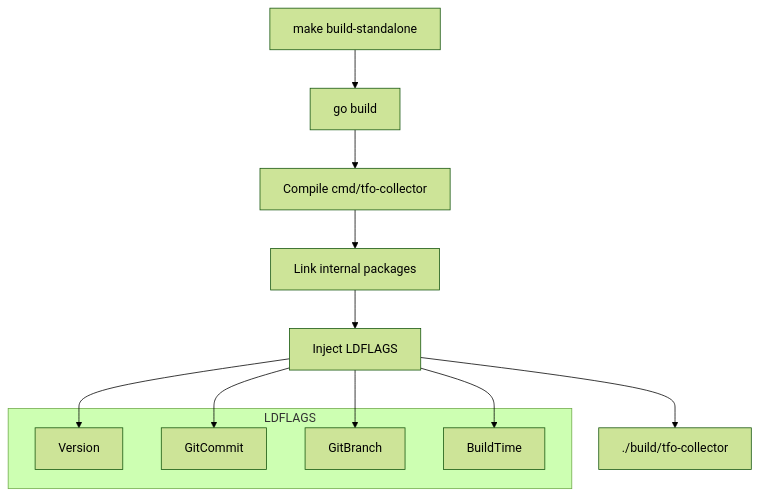
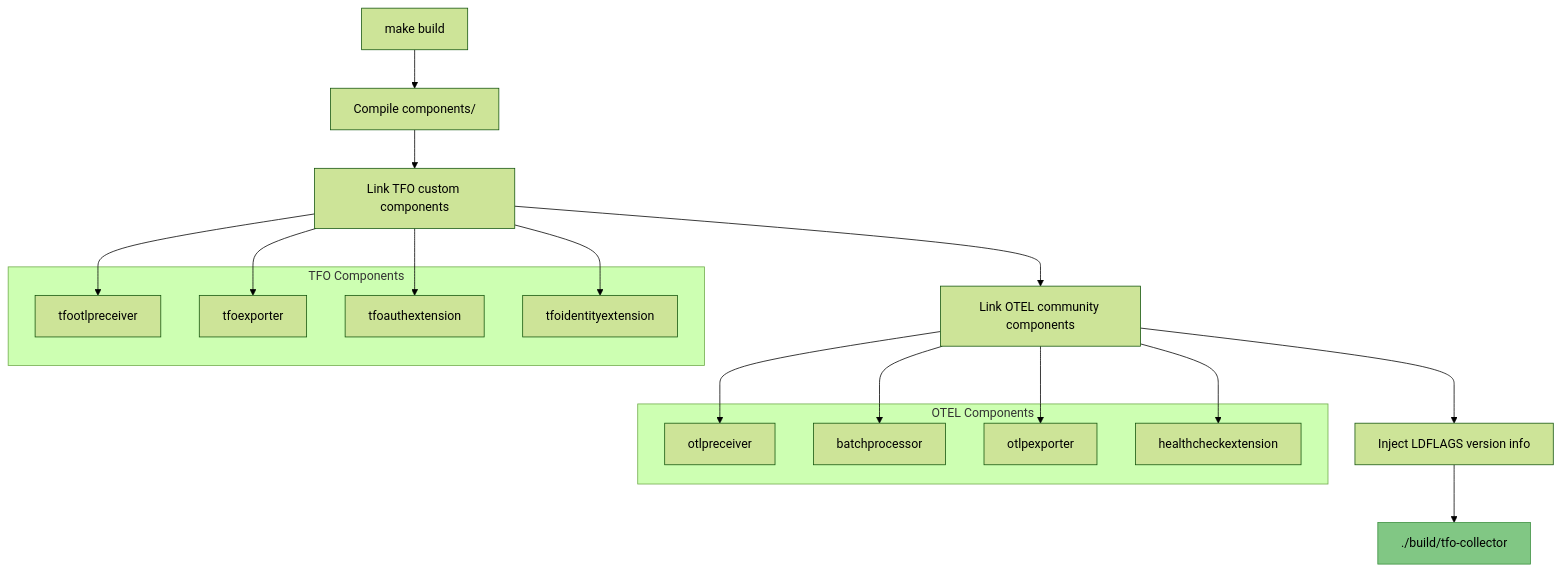
One commit to telemetryflow/telemetryflow-collector changed the second of 3 diagrams in docs/BUILD-SYSTEM.md. Above: the diagram before and after it, drawn with Mermaid (forest theme). The commit also changed other lines of this file and 126 other files, not shown here.

Commit message:
Enhance TFO Collector (Native OCB) v1.1.2 integration & Rebuild Pipeline

````diff
--- a/docs/BUILD-SYSTEM.md
+++ b/docs/BUILD-SYSTEM.md
@@ -69,20 +73,33 @@
 ```mermaid
 flowchart TD
-    A[make build-standalone] --> B[go build]
-    B --> C[Compile cmd/tfo-collector]
-    C --> D[Link internal packages]
-    D --> E[Inject LDFLAGS]
+    A[make build] --> B[Compile components/]
+    B --> C[Link TFO custom components]
+    C --> D[Link OTEL community components]
+    D --> E[Inject LDFLAGS version info]
     E --> F[./build/tfo-collector]
 
-    subgraph "LDFLAGS"
-        L1[Version]
-        L2[GitCommit]
-        L3[GitBranch]
-        L4[BuildTime]
+    subgraph "TFO Components"
+        T1[tfootlpreceiver]
+        T2[tfoexporter]
+        T3[tfoauthextension]
+        T4[tfoidentityextension]
     end
 
-    E --> L1
-    E --> L2
-    E --> L3
-    E --> L4
+    subgraph "OTEL Components"
+        O1[otlpreceiver]
+        O2[batchprocessor]
+        O3[otlpexporter]
+        O4[healthcheckextension]
+    end
+
+    C --> T1
+    C --> T2
+    C --> T3
+    C --> T4
+    D --> O1
+    D --> O2
+    D --> O3
+    D --> O4
+
+    style F fill:#81C784,stroke:#388E3C
 ```
````
